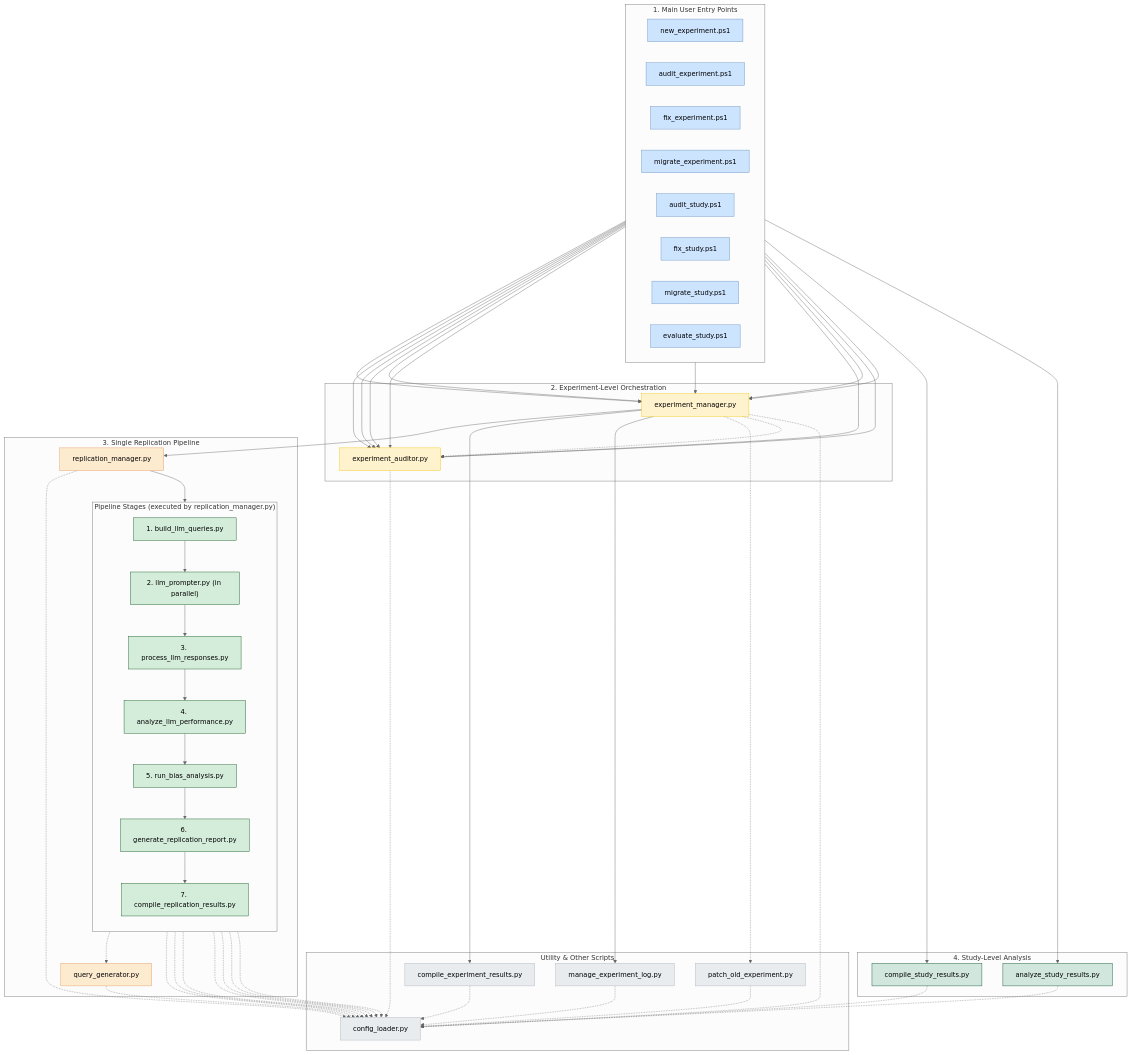
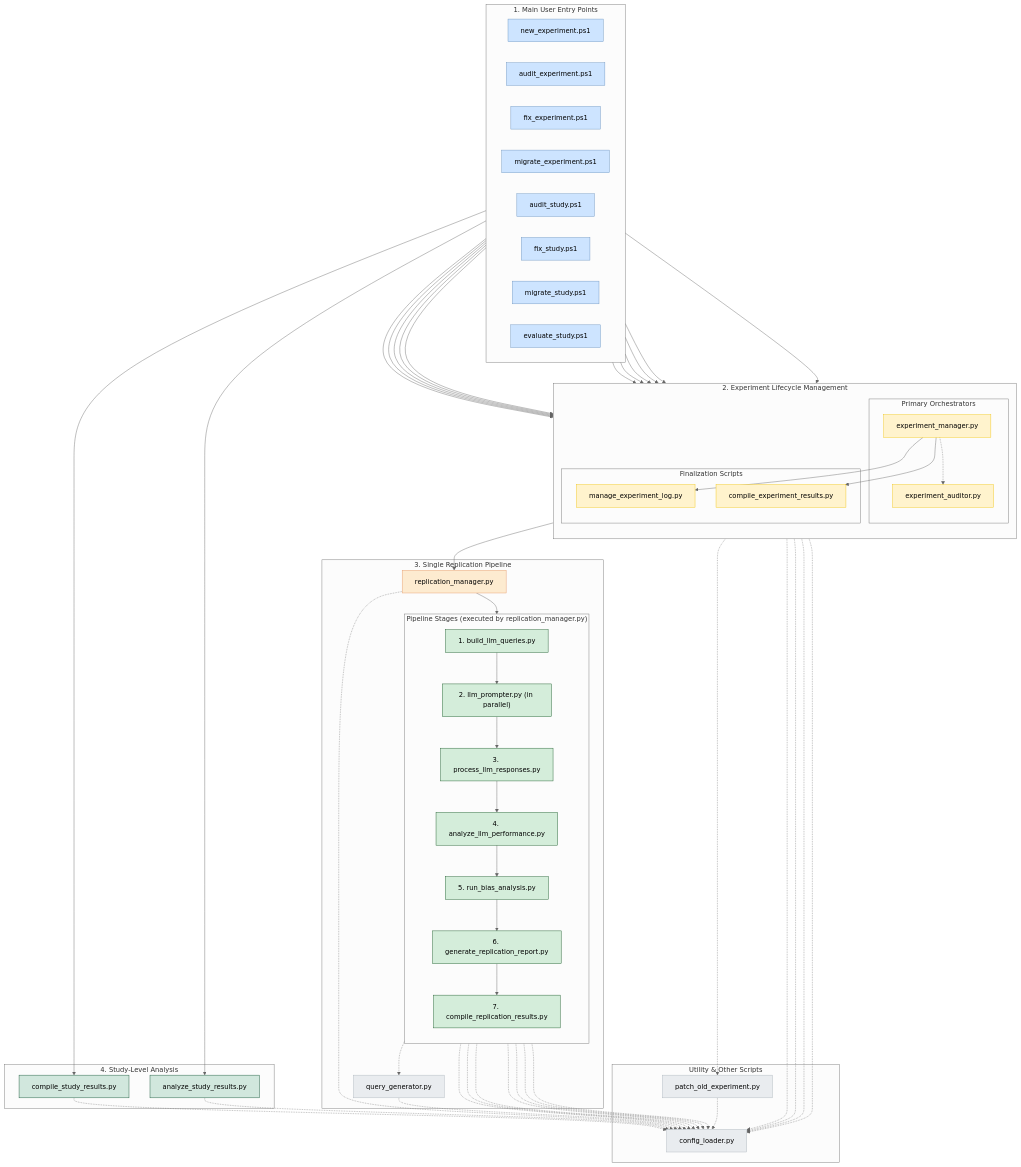
One commit to peterjmarko/llm-narrative-framework changed the diagram in docs/diagrams/arch_main_codebase.mmd. Above: the diagram before and after it, drawn with Mermaid (neutral theme). The commit also changed 8 other files, not shown here.

First line of the commit message:
refactor(framework): align architecture, add tests for core utilities

```diff
--- a/docs/diagrams/arch_main_codebase.mmd
+++ b/docs/diagrams/arch_main_codebase.mmd
@@ -1,117 +1,122 @@
 graph TD
     subgraph "1. Main User Entry Points"
         direction LR
         new_experiment_ps1["new_experiment.ps1"]
         audit_experiment_ps1["audit_experiment.ps1"]
         fix_experiment_ps1["fix_experiment.ps1"]
         migrate_experiment_ps1["migrate_experiment.ps1"]
         audit_study_ps1["audit_study.ps1"]
         fix_study_ps1["fix_study.ps1"]
         migrate_study_ps1["migrate_study.ps1"]
         evaluate_study_ps1["evaluate_study.ps1"]
     end
 
-    subgraph "2. Experiment-Level Orchestration"
-        exp_manager["experiment_manager.py"]
-        exp_auditor["experiment_auditor.py"]
+    subgraph "2. Experiment Lifecycle Management"
+        direction TB
+        subgraph "Primary Orchestrators"
+            exp_manager["experiment_manager.py"]
+            exp_auditor["experiment_auditor.py"]
+        end
+        subgraph "Finalization Scripts"
+            log_manager["manage_experiment_log.py"]
+            compile_experiment["compile_experiment_results.py"]
+        end
     end
     
     subgraph "4. Study-Level Analysis"
         compile_study_results_py["compile_study_results.py"]
         study_analysis["analyze_study_results.py"]
     end
 
     subgraph "3. Single Replication Pipeline"
         replication_manager["replication_manager.py"]
         
         subgraph "Pipeline Stages (executed by replication_manager.py)"
             direction TB
             stage1["1. build_llm_queries.py"]
             stage2["2. llm_prompter.py (in parallel)"]
             stage3["3. process_llm_responses.py"]
             stage4["4. analyze_llm_performance.py"]
             stage4b["5. run_bias_analysis.py"]
             stage5["6. generate_replication_report.py"]
             stage6["7. compile_replication_results.py"]
         end
         query_generator["query_generator.py"]
     end
 
     subgraph "Utility & Other Scripts"
-        log_manager["manage_experiment_log.py"]
-        compile_experiment["compile_experiment_results.py"]
         patch_old["patch_old_experiment.py"]
         config_loader["config_loader.py"]
     end
 
     %% --- Connections ---
     new_experiment_ps1 --> exp_manager
     
     audit_experiment_ps1 --> exp_auditor
     audit_study_ps1 --> exp_auditor
     
     fix_experiment_ps1 --> exp_auditor
     fix_experiment_ps1 --> exp_manager
     fix_study_ps1 --> exp_auditor
     fix_study_ps1 --> exp_manager
     
     migrate_experiment_ps1 --> exp_auditor
     migrate_experiment_ps1 --> exp_manager
     migrate_study_ps1 --> exp_auditor
     migrate_study_ps1 --> exp_manager
 
     evaluate_study_ps1 --> compile_study_results_py
     evaluate_study_ps1 --> study_analysis
 
     exp_manager --> replication_manager
     exp_manager --> compile_experiment
     exp_manager --> log_manager
     exp_manager -.-> patch_old
 
     %% Sequential Pipeline Execution
     replication_manager --> stage1
     stage1 --> stage2
     stage2 --> stage3
     stage3 --> stage4
     stage4 --> stage4b
     stage4b --> stage5
     stage5 --> stage6
 
     %% Worker Connections
     stage1 -.-> query_generator
 
     %% Import Connections (dotted)
     exp_manager -.-> exp_auditor
     exp_manager & exp_auditor & replication_manager & stage1 & stage2 & stage3 & stage4 & stage4b & stage5 & stage6 & query_generator & log_manager & compile_experiment & compile_study_results_py & study_analysis & patch_old -.-> config_loader
 
     %% --- Inline Styling ---
     style new_experiment_ps1 fill:#cde4ff,stroke:#6c93be
     style audit_experiment_ps1 fill:#cde4ff,stroke:#6c93be
     style fix_experiment_ps1 fill:#cde4ff,stroke:#6c93be
     style migrate_experiment_ps1 fill:#cde4ff,stroke:#6c93be
     style audit_study_ps1 fill:#cde4ff,stroke:#6c93be
     style fix_study_ps1 fill:#cde4ff,stroke:#6c93be
     style migrate_study_ps1 fill:#cde4ff,stroke:#6c93be
     style evaluate_study_ps1 fill:#cde4ff,stroke:#6c93be
 
     style exp_manager fill:#fff3cd,stroke:#f1c40f
     style exp_auditor fill:#fff3cd,stroke:#f1c40f
+    style log_manager fill:#fff3cd,stroke:#f1c40f
+    style compile_experiment fill:#fff3cd,stroke:#f1c40f
     
     style compile_study_results_py fill:#d1e7dd,stroke:#0f5132
     style study_analysis fill:#d1e7dd,stroke:#0f5132
     
     style replication_manager fill:#fdebd0,stroke:#e59866
-    style query_generator fill:#fdebd0,stroke:#e59866
     
     style stage1 fill:#d4edda,stroke:#155724
     style stage2 fill:#d4edda,stroke:#155724
     style stage3 fill:#d4edda,stroke:#155724
     style stage4 fill:#d4edda,stroke:#155724
     style stage4b fill:#d4edda,stroke:#155724
     style stage5 fill:#d4edda,stroke:#155724
     style stage6 fill:#d4edda,stroke:#155724
 
-    style log_manager fill:#e9ecef,stroke:#adb5bd
-    style compile_experiment fill:#e9ecef,stroke:#adb5bd
+    style query_generator fill:#e9ecef,stroke:#adb5bd
     style patch_old fill:#e9ecef,stroke:#adb5bd
     style config_loader fill:#e9ecef,stroke:#adb5bd
```
